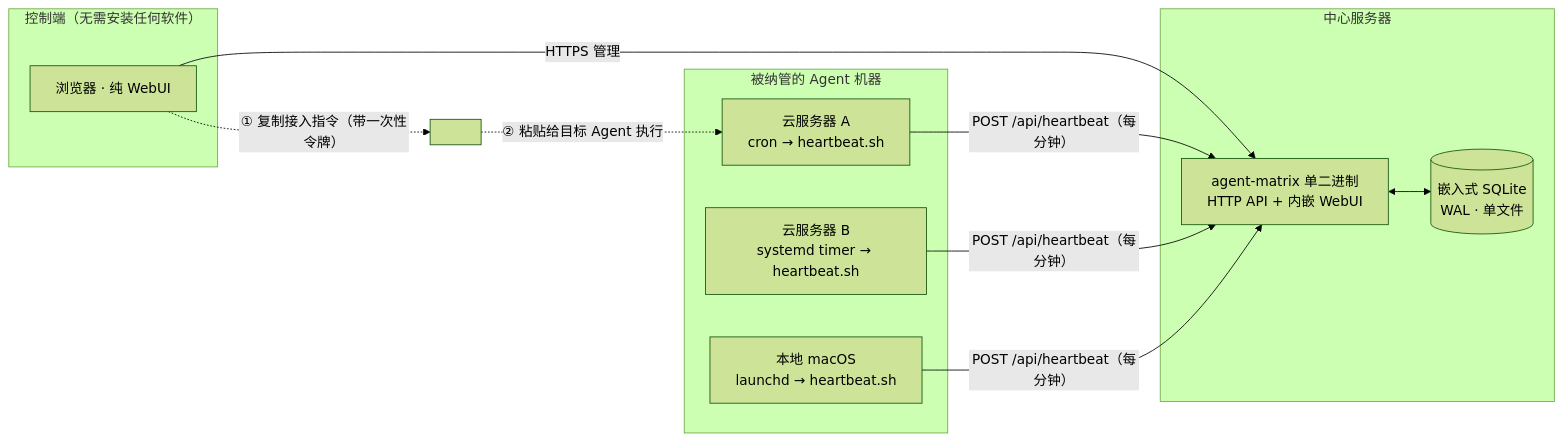
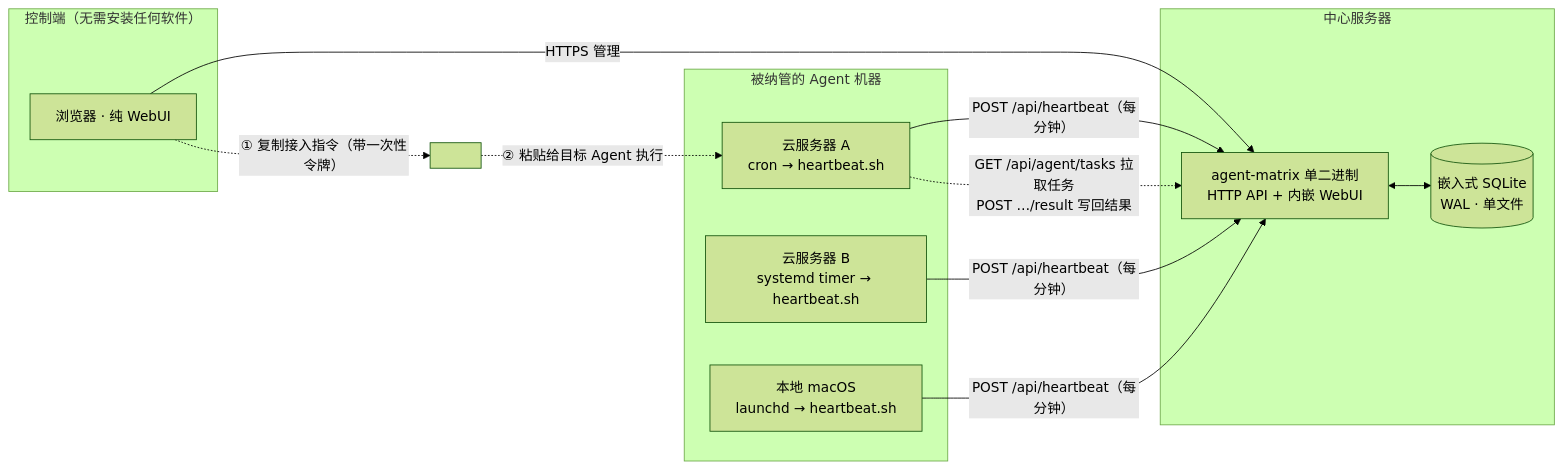
The first of 5 diagrams in README.md (HankGuo/agent-matrix), drawn with Mermaid (forest theme) before and after one commit. The commit also changed other lines of this file and 10 other files, not shown here.

First line of the commit message:
Add plain-text task dispatch with agent pull & result write-back (v0.4.0)

````diff
--- a/README.md
+++ b/README.md
@@ -11,25 +11,26 @@
 ```mermaid
 flowchart LR
     subgraph 控制端["控制端（无需安装任何软件）"]
         B["浏览器 · 纯 WebUI"]
     end
 
     subgraph 中心服务器
         S["agent-matrix 单二进制<br/>HTTP API + 内嵌 WebUI"]
         DB[("嵌入式 SQLite<br/>WAL · 单文件")]
         S <--> DB
     end
 
     subgraph 被纳管的 Agent 机器
         G1["云服务器 A<br/>cron → heartbeat.sh"]
         G2["云服务器 B<br/>systemd timer → heartbeat.sh"]
         G3["本地 macOS<br/>launchd → heartbeat.sh"]
     end
 
     B -->|"HTTPS 管理"| S
     G1 -->|"POST /api/heartbeat（每分钟）"| S
     G2 -->|"POST /api/heartbeat（每分钟）"| S
     G3 -->|"POST /api/heartbeat（每分钟）"| S
+    G1 -.->|"GET /api/agent/tasks 拉取任务<br/>POST …/result 写回结果"| S
     B -.->|"① 复制接入指令（带一次性令牌）"| P[" "]
     P -.->|"② 粘贴给目标 Agent 执行"| G1
 ```
````
